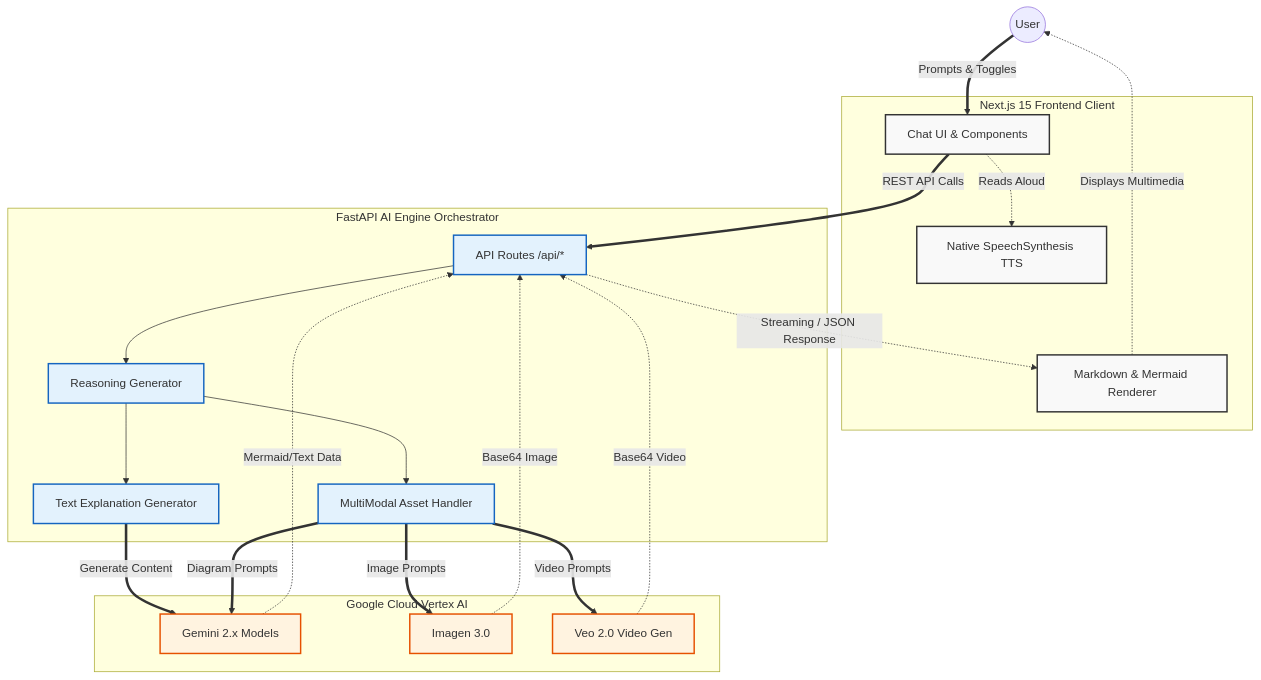
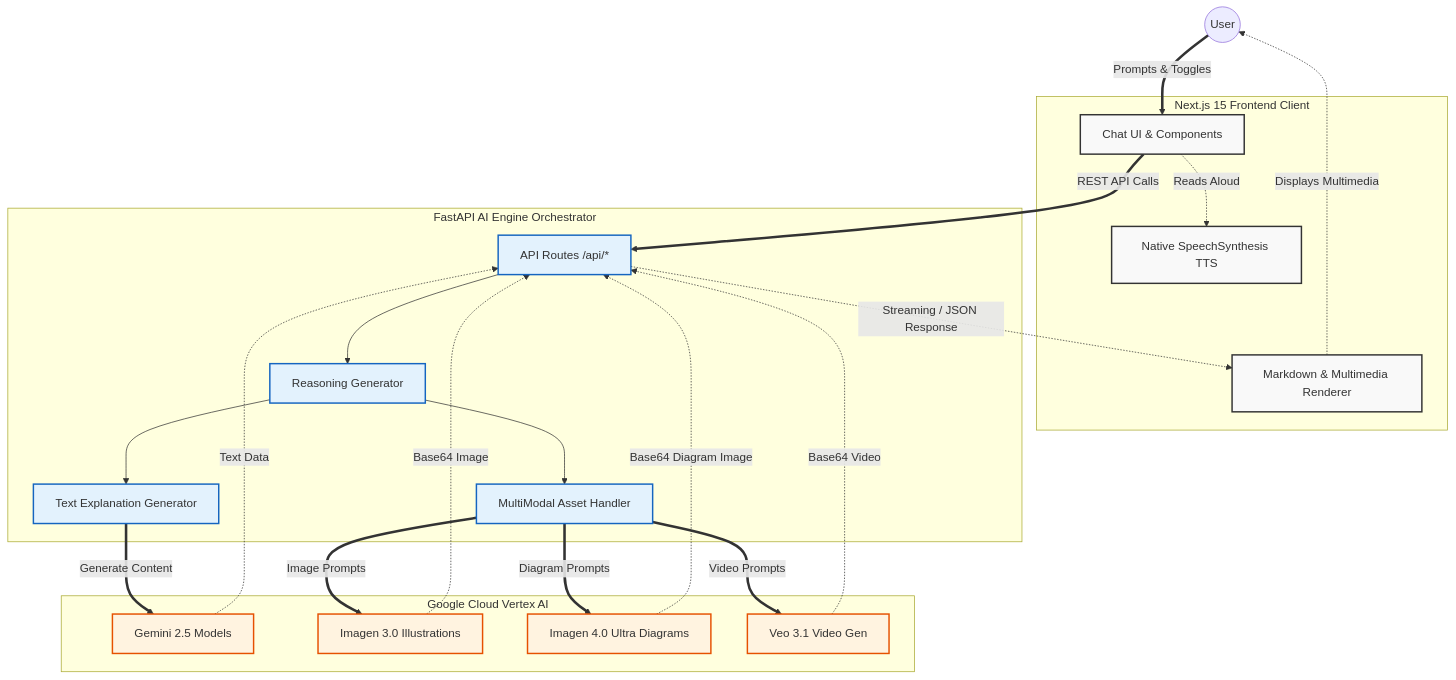
Before and after one commit to magic-meer/ClarityLab: the diagram in README.md, drawn with Mermaid. The commit also changed other lines of this file and 1 other file, not shown here.

Commit message:
Upgrade AI model versions, integrate Imagen 4 Ultra for diagrams,

````diff
--- a/README.md
+++ b/README.md
@@ -29,59 +29,61 @@
 ```mermaid
 flowchart TB
     %% Entities
     User((User))
     
     %% Frontend (Next.js)
     subgraph Frontend [Next.js 15 Frontend Client]
         UI[Chat UI & Components]
         TTS[Native SpeechSynthesis TTS]
-        Render[Markdown & Mermaid Renderer]
+        Render[Markdown & Multimedia Renderer]
     end
 
     %% Backend (FastAPI)
     subgraph Backend [FastAPI AI Engine Orchestrator]
         API[API Routes /api/*]
         Planner[Reasoning Generator]
         TextGen[Text Explanation Generator]
         VisGen[MultiModal Asset Handler]
         
         API --> Planner
         Planner --> TextGen
         Planner --> VisGen
     end
 
     %% Vertex AI / GCP Ecosystem
     subgraph GCP [Google Cloud Vertex AI]
-        Gemini[Gemini 2.x Models]
-        Imagen[Imagen 3.0]
-        Veo[Veo 2.0 Video Gen]
+        Gemini[Gemini 2.5 Models]
+        Imagen[Imagen 3.0 Illustrations]
+        ImagenUltra[Imagen 4.0 Ultra Diagrams]
+        Veo[Veo 3.1 Video Gen]
     end
     
     %% Connections
     User == "Prompts & Toggles" ==> UI
     UI == "REST API Calls" ==> API
     UI -. "Reads Aloud" .-> TTS
     
     %% Backend to Cloud calls
     TextGen == "Generate Content" ==> Gemini
-    VisGen == "Diagram Prompts" ==> Gemini
+    VisGen == "Diagram Prompts" ==> ImagenUltra
     VisGen == "Image Prompts" ==> Imagen
     VisGen == "Video Prompts" ==> Veo
     
     %% Responses
-    Gemini -. "Mermaid/Text Data" .-> API
+    Gemini -. "Text Data" .-> API
+    ImagenUltra -. "Base64 Diagram Image" .-> API
     Imagen -. "Base64 Image" .-> API
     Veo -. "Base64 Video" .-> API
     
     API -. "Streaming / JSON Response" .-> Render
     Render -. "Displays Multimedia" .-> User
 
     %% Styling Elements
     classDef client fill:#f9f9f9,stroke:#333,stroke-width:2px;
     classDef be fill:#e3f2fd,stroke:#1565c0,stroke-width:2px;
     classDef cloud fill:#fff3e0,stroke:#e65100,stroke-width:2px;
     
     class UI,TTS,Render client;
     class API,Planner,TextGen,VisGen be;
-    class Gemini,Imagen,Veo cloud;
+    class Gemini,Imagen,ImagenUltra,Veo cloud;
 ```
````
